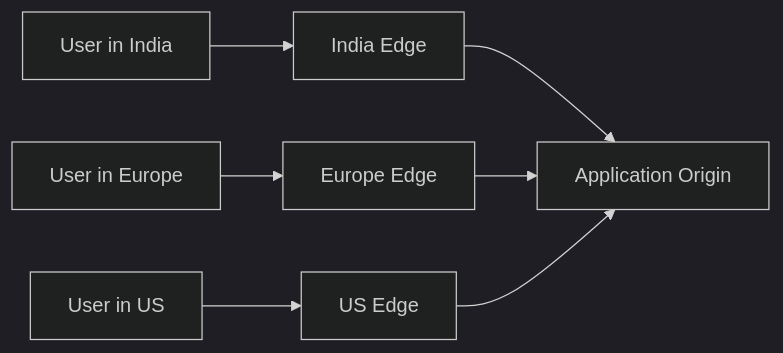
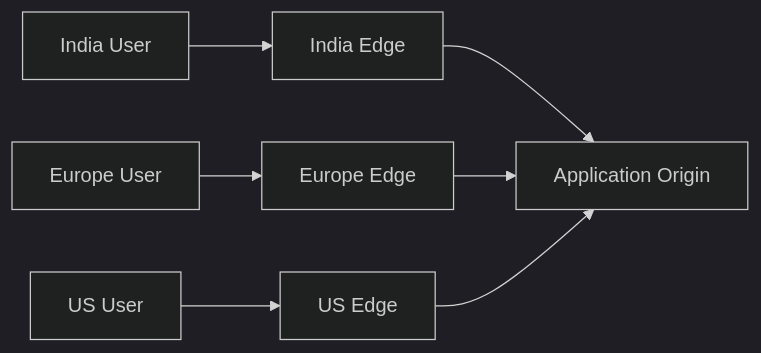
Before and after one commit to AvadhBhalodiya/Interview-Preparation: the third of 12 diagrams in src/content/system-design/caching-layers-stampede.md, drawn with Mermaid (dark theme). The commit also changed other lines of this file and 54 other files, not shown here.

````diff
--- a/src/content/system-design/caching-layers-stampede.md
+++ b/src/content/system-design/caching-layers-stampede.md
@@ -145,10 +167,10 @@
 ```mermaid
 flowchart LR
-    IN[User in India] --> EI[India Edge]
-    EU[User in Europe] --> EE[Europe Edge]
-    US[User in US] --> EA[US Edge]
+    IN[India User] --> E1[India Edge]
+    EU[Europe User] --> E2[Europe Edge]
+    US[US User] --> E3[US Edge]
 
-    EI --> ORIGIN[Application Origin]
-    EE --> ORIGIN
-    EA --> ORIGIN
+    E1 --> ORIGIN[Application Origin]
+    E2 --> ORIGIN
+    E3 --> ORIGIN
 ```
````
